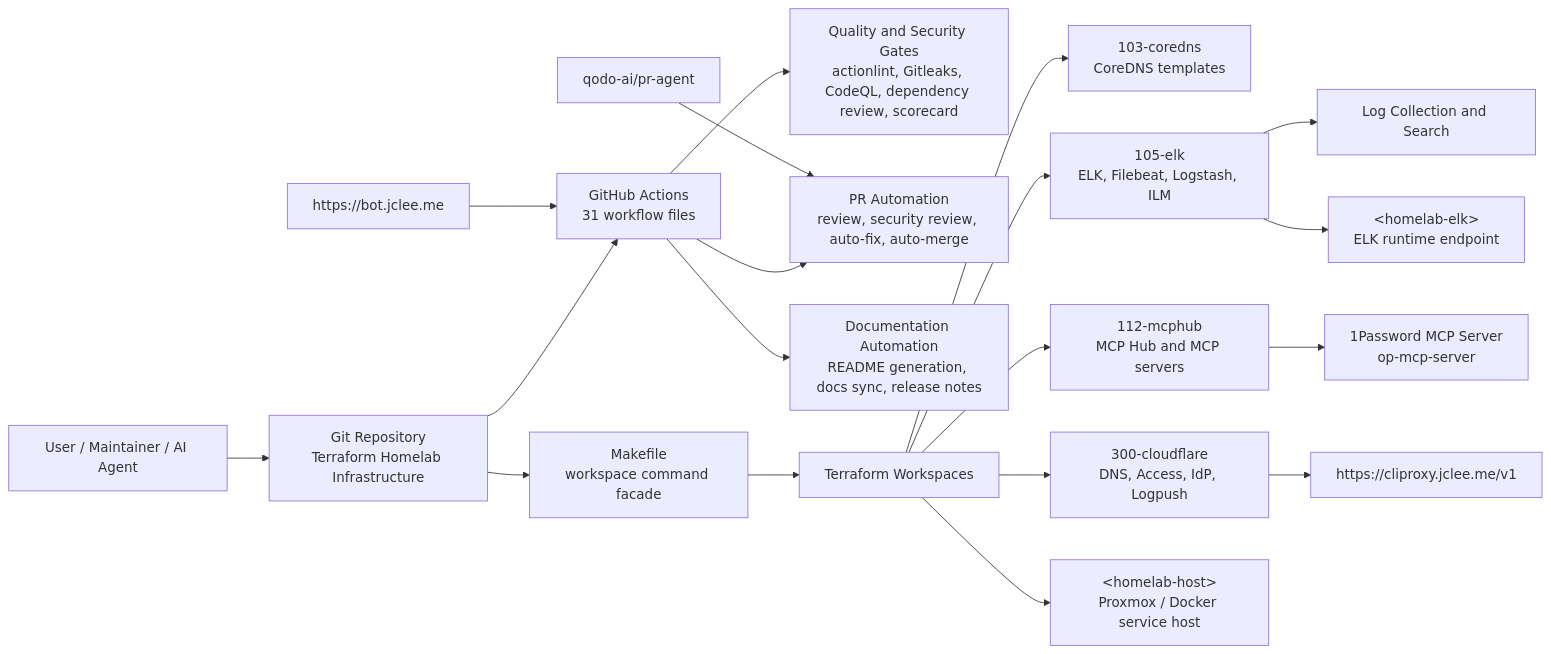
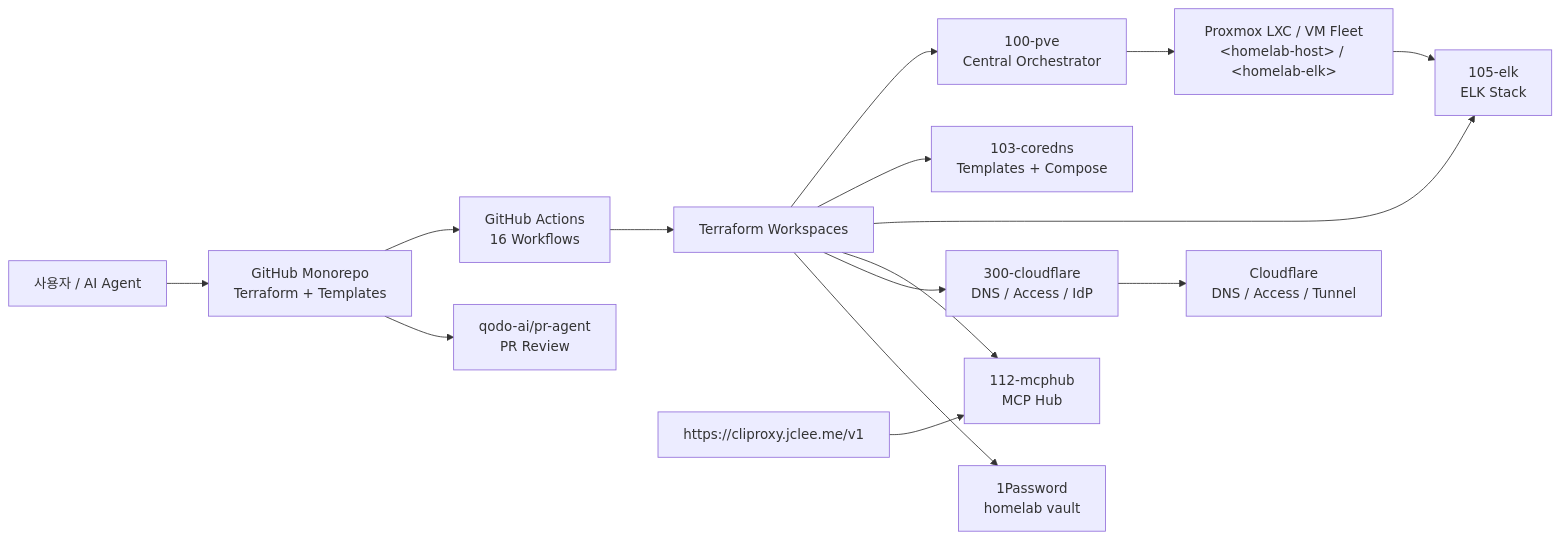
One commit to jclee941/terraform changed the first of 2 diagrams in README.md. Above: the diagram before and after it, drawn with Mermaid. The commit also changed other lines of this file, not shown here.

Commit message:
docs: auto-update README.md

````diff
--- a/README.md
+++ b/README.md
@@ -78,24 +74,32 @@
 ```mermaid
 flowchart LR
-  User["User / Maintainer / AI Agent"] --> Repo["Git Repository<br/>Terraform Homelab Infrastructure"]
-  Repo --> Actions["GitHub Actions<br/>31 workflow files"]
-  Actions --> Checks["Quality and Security Gates<br/>actionlint, Gitleaks, CodeQL, dependency review, scorecard"]
-  Actions --> PRAuto["PR Automation<br/>review, security review, auto-fix, auto-merge"]
-  Actions --> Docs["Documentation Automation<br/>README generation, docs sync, release notes"]
+  Dev["사용자 / AI Agent"]
+  Repo["GitHub Monorepo<br/>Terraform + Templates"]
+  CI["GitHub Actions<br/>16 Workflows"]
+  TF["Terraform Workspaces"]
+  PVE["100-pve<br/>Central Orchestrator"]
+  DNS_ws["103-coredns<br/>Templates + Compose"]
+  ELK_ws["105-elk<br/>ELK Stack"]
+  MCP_ws["112-mcphub<br/>MCP Hub"]
+  CF_ws["300-cloudflare<br/>DNS / Access / IdP"]
+  Fleet["Proxmox LXC / VM Fleet<br/>&lt;homelab-host&gt; / &lt;homelab-elk&gt;"]
+  OP["1Password<br/>homelab vault"]
+  CDN["Cloudflare<br/>DNS / Access / Tunnel"]
+  PRReview["qodo-ai/pr-agent<br/>PR Review"]
+  Public["https://cliproxy.jclee.me/v1"]
 
-  Repo --> Make["Makefile<br/>workspace command facade"]
-  Make --> Terraform["Terraform Workspaces"]
-  Terraform --> CoreDNS["103-coredns<br/>CoreDNS templates"]
-  Terraform --> ELK["105-elk<br/>ELK, Filebeat, Logstash, ILM"]
-  Terraform --> MCPHub["112-mcphub<br/>MCP Hub and MCP servers"]
-  Terraform --> Cloudflare["300-cloudflare<br/>DNS, Access, IdP, Logpush"]
-
-  ELK --> Logs["Log Collection and Search"]
-  MCPHub --> OnePasswordMCP["1Password MCP Server<br/>op-mcp-server"]
-  Cloudflare --> PublicEndpoint["https://cliproxy.jclee.me/v1"]
-  Terraform --> HomelabHost["&lt;homelab-host&gt;<br/>Proxmox / Docker service host"]
-  ELK --> HomelabELK["&lt;homelab-elk&gt;<br/>ELK runtime endpoint"]
-
-  Bot["https://bot.jclee.me"] --> Actions
-  Qodo["qodo-ai/pr-agent"] --> PRAuto
+  Dev --> Repo
+  Repo --> CI
+  CI --> TF
+  TF --> PVE
+  TF --> DNS_ws
+  TF --> ELK_ws
+  TF --> MCP_ws
+  TF --> CF_ws
+  PVE --> Fleet
+  TF --> OP
+  Fleet --> ELK_ws
+  CF_ws --> CDN
+  Repo --> PRReview
+  Public --> MCP_ws
 ```
````
